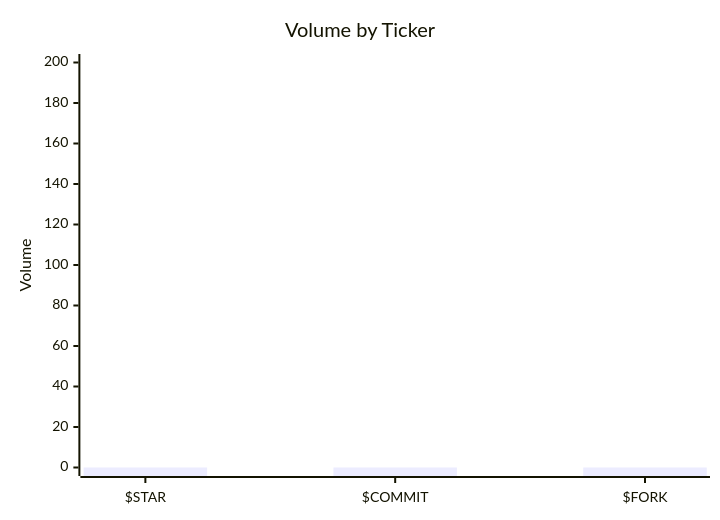
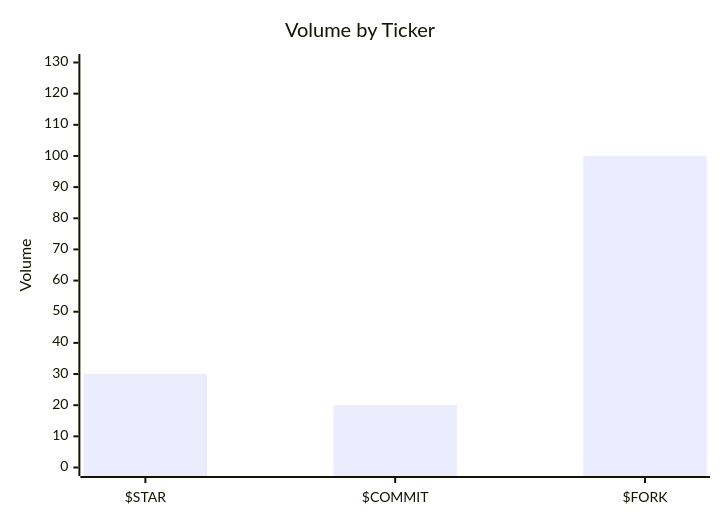
The diagram in README.md (saksham10arora-dotcom/market-in-a-readme), drawn with Mermaid before and after one commit. The commit also changed other lines of this file and 10 other files, not shown here.

````diff
--- a/README.md
+++ b/README.md
@@ -45,7 +45,7 @@
 ```mermaid
 xychart-beta
   title "Volume by Ticker"
   x-axis ["$STAR", "$COMMIT", "$FORK"]
-  y-axis "Volume" 0 --> 200
-  bar [0, 0, 0]
+  y-axis "Volume" 0 --> 130
+  bar [30, 20, 100]
 ```
````
